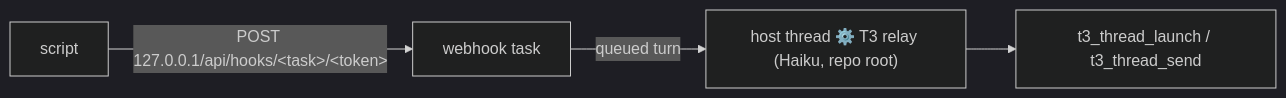
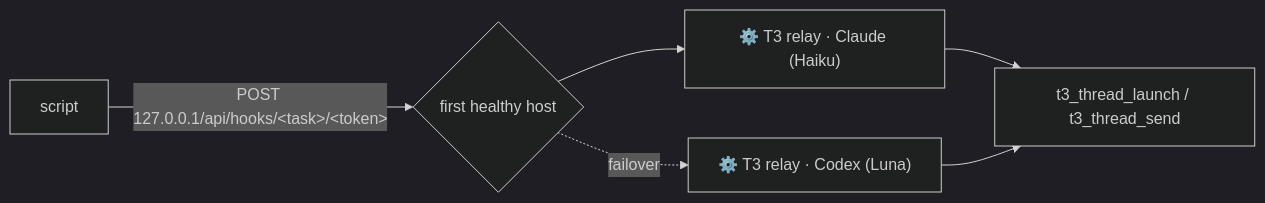
Before and after one commit to pjmuller/skills: the diagram in skills/t3-manage-thread/relay.md, drawn with Mermaid (dark theme). The commit also changed other lines of this file and 6 other files, not shown here.

Commit message:
t3-relay: confirmed delivery (--wait/status) + failover across relay hosts; t3-schedule marks fired only on confirmation

````diff
--- a/skills/t3-manage-thread/relay.md
+++ b/skills/t3-manage-thread/relay.md
@@ -21,6 +27,7 @@
 ```mermaid
 flowchart LR
-  S[script] -- "POST 127.0.0.1/api/hooks/&lt;task&gt;/&lt;token&gt;" --> W["webhook task"]
-  W -- queued turn --> H["host thread ⚙️ T3 relay (Haiku, repo root)"]
-  H --> M["t3_thread_launch / t3_thread_send"]
+  S[script] -- "POST 127.0.0.1/api/hooks/&lt;task&gt;/&lt;token&gt;" --> P{first healthy host}
+  P --> A["⚙️ T3 relay · Claude (Haiku)"]
+  P -. failover .-> B["⚙️ T3 relay · Codex (Luna)"]
+  A & B --> M["t3_thread_launch / t3_thread_send"]
 ```
````
